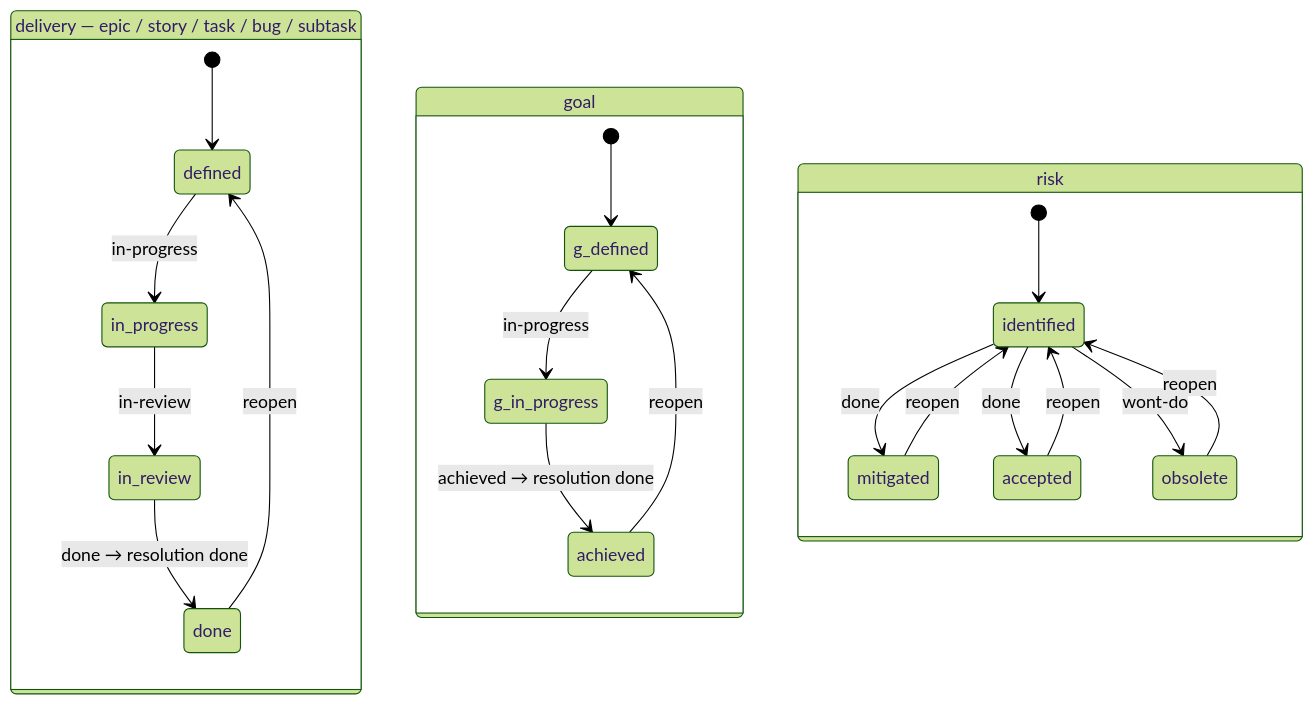
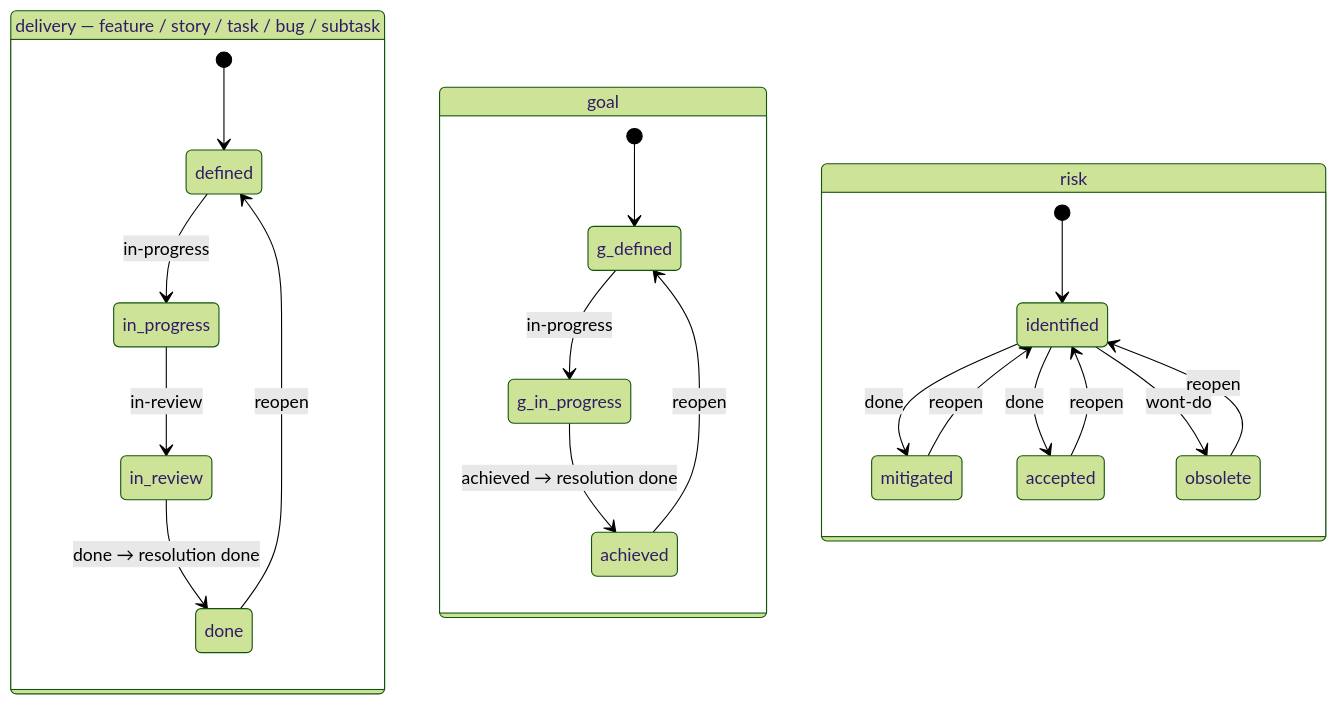
One commit to hjr15/blaze changed the diagram in docs/diagrams/workflow-state-machines.md. Above: the diagram before and after it, drawn with Mermaid (forest theme). The commit also changed 10 other files, not shown here.

````diff
--- a/docs/diagrams/workflow-state-machines.md
+++ b/docs/diagrams/workflow-state-machines.md
@@ -18,27 +18,27 @@
 ```mermaid
 stateDiagram-v2
-    state "delivery — epic / story / task / bug / subtask" as delivery {
+    state "delivery — feature / story / task / bug / subtask" as delivery {
         [*] --> defined
         defined --> in_progress: in-progress
         in_progress --> in_review: in-review
         in_review --> done: done → resolution done
         done --> defined: reopen
     }
 
     state "goal" as goal {
         [*] --> g_defined
         g_defined --> g_in_progress: in-progress
         g_in_progress --> achieved: achieved → resolution done
         achieved --> g_defined: reopen
     }
 
     state "risk" as risk {
         [*] --> identified
         identified --> mitigated: done
         identified --> accepted: done
         identified --> obsolete: wont-do
         mitigated --> identified: reopen
         accepted --> identified: reopen
         obsolete --> identified: reopen
     }
 ```
````
